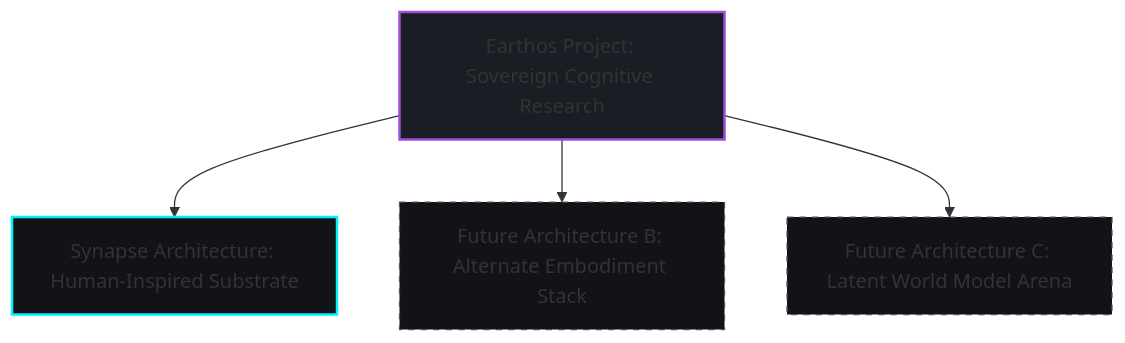
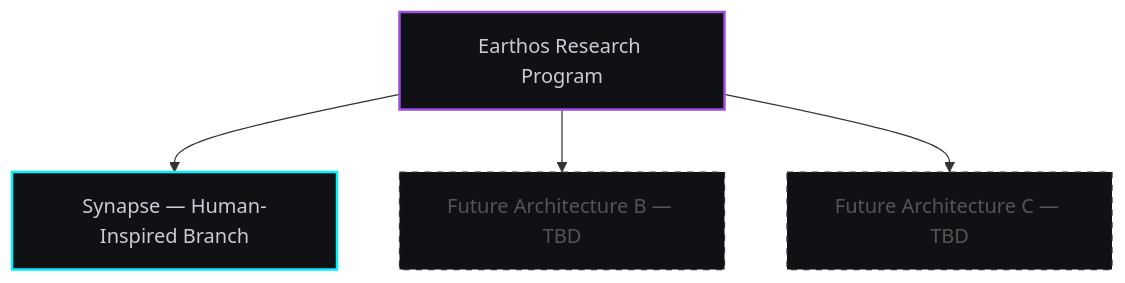
Before and after one commit to rk-roshan-kr/Earthos-public: the diagram in docs/research_philosophy.md, drawn with Mermaid. The commit also changed other lines of this file and 15 other files, not shown here.

````diff
--- a/docs/research_philosophy.md
+++ b/docs/research_philosophy.md
@@ -7,11 +21,10 @@
 ```mermaid
 graph TD
-    A[Earthos Project: Sovereign Cognitive Research] --> B[Synapse Architecture: Human-Inspired Substrate]
-    A --> C[Future Architecture B: Alternate Embodiment Stack]
-    A --> D[Future Architecture C: Latent World Model Arena]
-    
-    style A fill:#1a1d24,stroke:#9d4edd,stroke-width:2px;
-    style B fill:#111317,stroke:#00f2fe,stroke-width:2px;
-    style C fill:#111317,stroke:#4a5568,stroke-width:1px,stroke-dasharray: 5 5;
-    style D fill:#111317,stroke:#4a5568,stroke-width:1px,stroke-dasharray: 5 5;
+    classDef program fill:#0f1115,stroke:#9d4edd,stroke-width:2px,color:#c8ccd4;
+    classDef active fill:#0f1115,stroke:#00f2fe,stroke-width:2px,color:#c8ccd4;
+    classDef future fill:#0f1115,stroke:#333,stroke-width:1px,color:#555,stroke-dasharray: 5 5;
+
+    E[Earthos Research Program]:::program --> S[Synapse — Human-Inspired Branch]:::active
+    E --> F1[Future Architecture B — TBD]:::future
+    E --> F2[Future Architecture C — TBD]:::future
 ```
````
